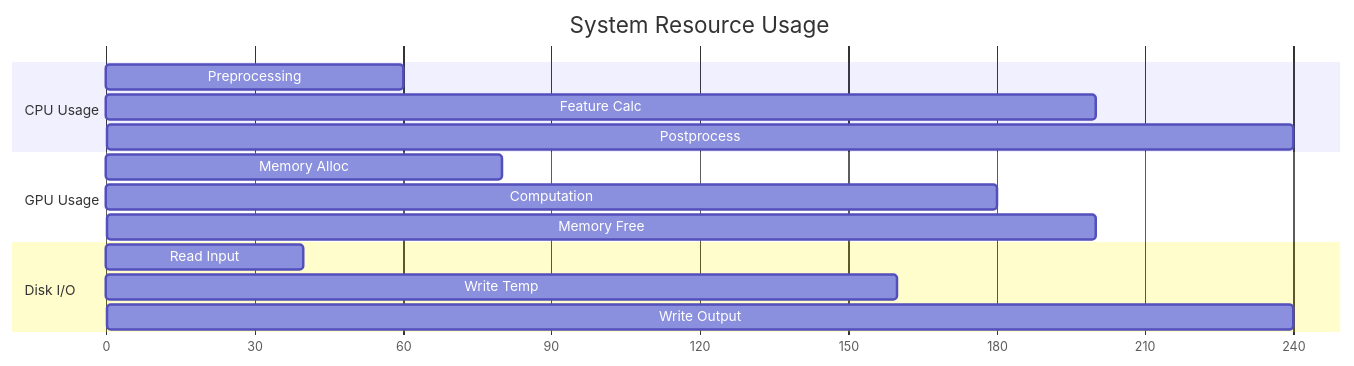
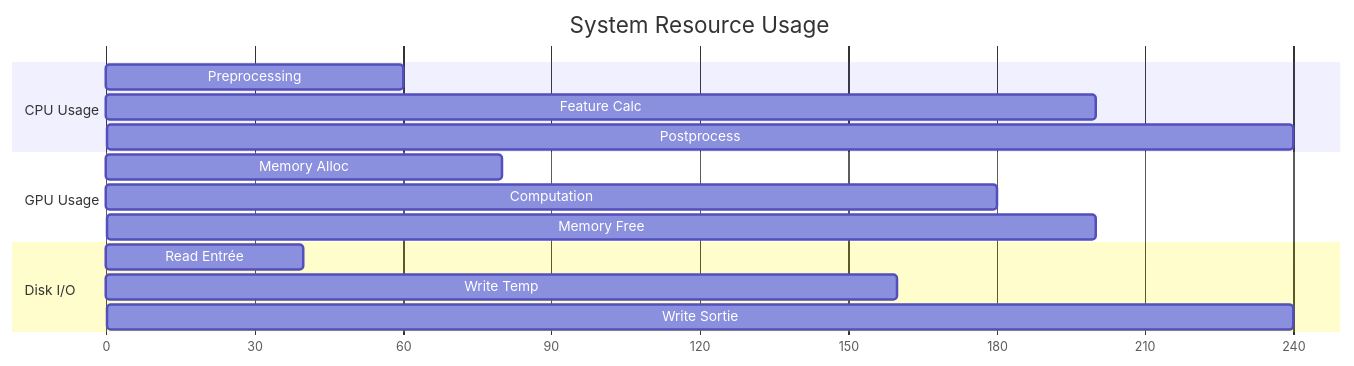
Before and after one commit to sducournau/IGN_LIDAR_HD_DATASET: the eighth of 12 diagrams in website/i18n/fr/docusaurus-plugin-content-docs/current/mermaid-reference.md, drawn with Mermaid. The commit also changed other lines of this file and 42 other files, not shown here.

````diff
--- a/website/i18n/fr/docusaurus-plugin-content-docs/current/mermaid-reference.md
+++ b/website/i18n/fr/docusaurus-plugin-content-docs/current/mermaid-reference.md
@@ -173,21 +165,21 @@
 ```mermaid
 gantt
     title System Resource Usage
     dateFormat X
     axisFormat %s
 
     section CPU Usage
     Preprocessing :0, 60
     Feature Calc  :40, 200
     Postprocess   :180, 240
 
     section GPU Usage
     Memory Alloc  :60, 80
     Computation   :80, 180
     Memory Free   :180, 200
 
     section Disk I/O
-    Read Input    :0, 40
+    Read Entrée    :0, 40
     Write Temp    :40, 160
-    Write Output  :160, 240
+    Write Sortie  :160, 240
 ```
````
